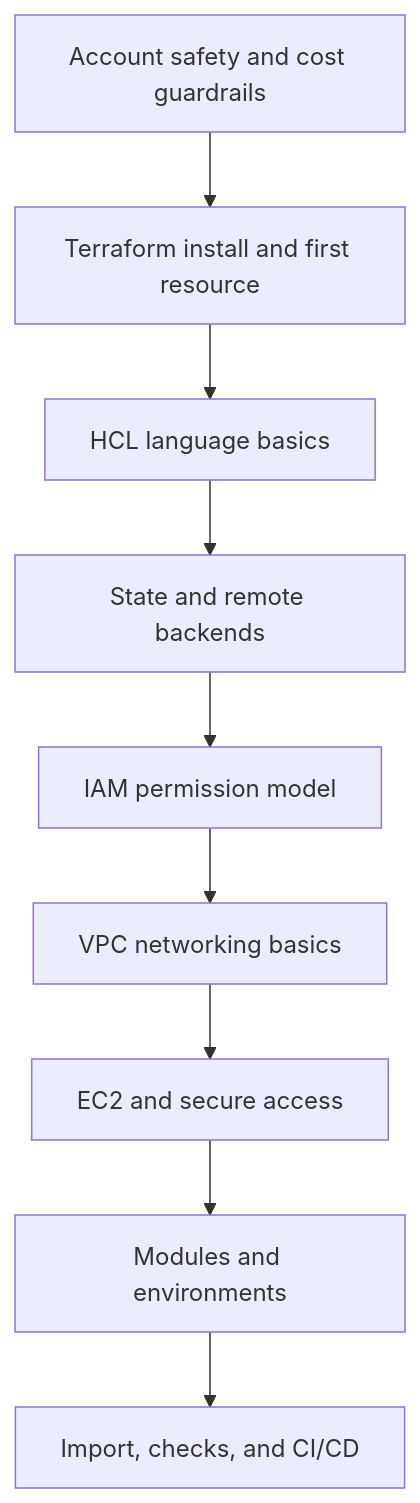
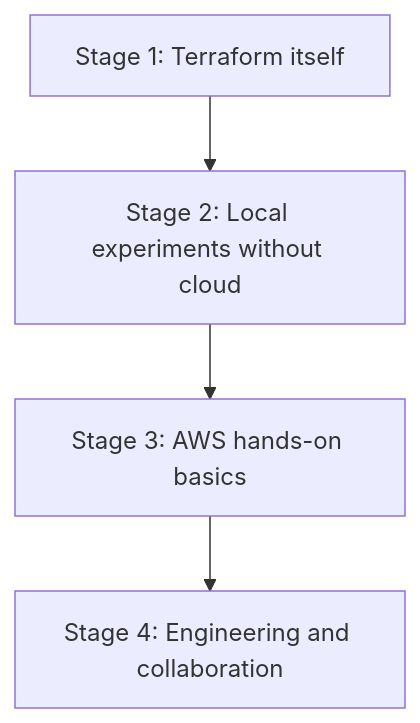
Before and after one commit to LeopardStack/LeopardStack.github.io: the second of 2 diagrams in content/posts/tech/terraform-aws-zero-to-production/01-account-bootstrap/index.en.md, drawn with Mermaid. The commit also changed other lines of this file and 1 other file, not shown here.

Commit message:
post: revise Terraform AWS series kickoff

````diff
--- a/content/posts/tech/terraform-aws-zero-to-production/01-account-bootstrap/index.en.md
+++ b/content/posts/tech/terraform-aws-zero-to-production/01-account-bootstrap/index.en.md
@@ -152,11 +157,6 @@
 ```mermaid
 flowchart TB
-    A["Account safety and cost guardrails"] --> B["Terraform install and first resource"]
-    B --> C["HCL language basics"]
-    C --> D["State and remote backends"]
-    D --> E["IAM permission model"]
-    E --> F["VPC networking basics"]
-    F --> G["EC2 and secure access"]
-    G --> H["Modules and environments"]
-    H --> I["Import, checks, and CI/CD"]
+    A["Stage 1: Terraform itself"] --> B["Stage 2: Local experiments without cloud"]
+    B --> C["Stage 3: AWS hands-on basics"]
+    C --> D["Stage 4: Engineering and collaboration"]
 ```
````
